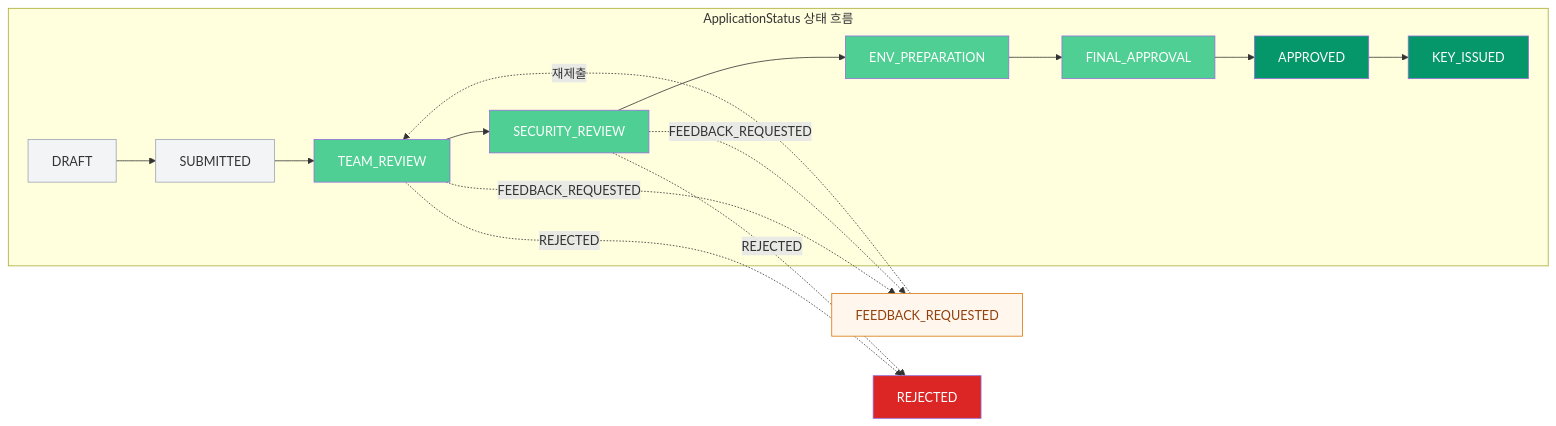
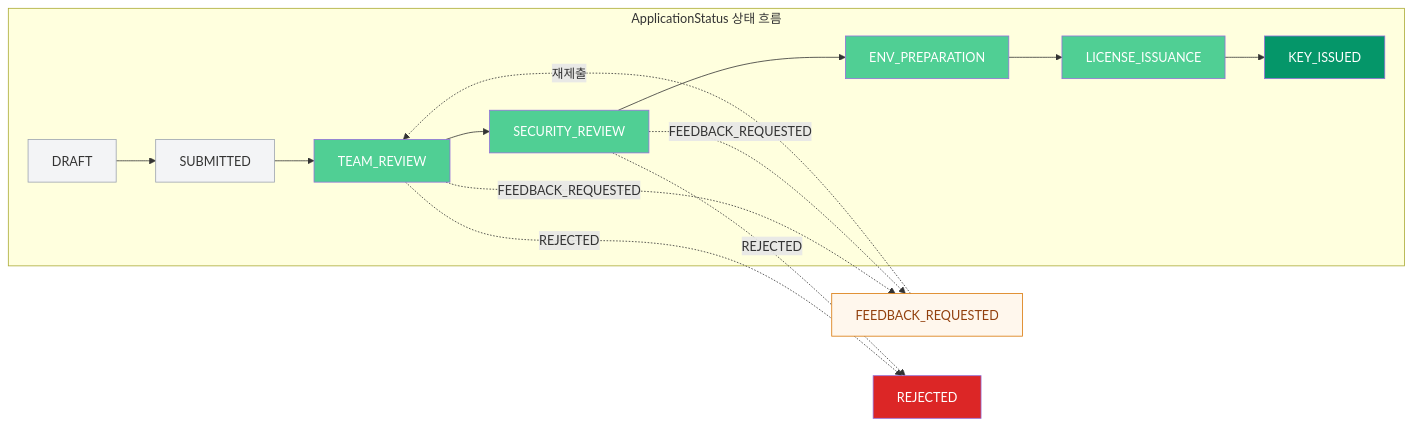
Diagram 26 of 29 in docs/04_UIUX_설계서.md (nuriguri1228/codehub-manage-aitool), drawn with Mermaid before and after one commit. The commit also changed other lines of this file and 10 other files, not shown here.

First line of the commit message:
Implement LICENSE_ISSUANCE feature and update all docs to new review flow

````diff
--- a/docs/04_UIUX_설계서.md
+++ b/docs/04_UIUX_설계서.md
@@ -1091,30 +1091,28 @@
 ```mermaid
 flowchart LR
     subgraph "ApplicationStatus 상태 흐름"
         DRAFT --> SUBMITTED
         SUBMITTED --> TEAM_REVIEW
         TEAM_REVIEW --> SECURITY_REVIEW
         SECURITY_REVIEW --> ENV_PREPARATION
-        ENV_PREPARATION --> FINAL_APPROVAL
-        FINAL_APPROVAL --> APPROVED
-        APPROVED --> KEY_ISSUED
+        ENV_PREPARATION --> LICENSE_ISSUANCE
+        LICENSE_ISSUANCE --> KEY_ISSUED
     end
 
     TEAM_REVIEW -.->|FEEDBACK_REQUESTED| FEEDBACK_REQUESTED
     SECURITY_REVIEW -.->|FEEDBACK_REQUESTED| FEEDBACK_REQUESTED
     FEEDBACK_REQUESTED -.->|재제출| TEAM_REVIEW
 
     TEAM_REVIEW -.->|REJECTED| REJECTED
     SECURITY_REVIEW -.->|REJECTED| REJECTED
 
     style DRAFT fill:#F3F4F6,stroke:#9CA3AF
     style SUBMITTED fill:#F3F4F6,stroke:#9CA3AF
     style TEAM_REVIEW fill:#50CF94,color:#fff
     style SECURITY_REVIEW fill:#50CF94,color:#fff
     style ENV_PREPARATION fill:#50CF94,color:#fff
-    style FINAL_APPROVAL fill:#50CF94,color:#fff
-    style APPROVED fill:#059669,color:#fff
+    style LICENSE_ISSUANCE fill:#50CF94,color:#fff
     style KEY_ISSUED fill:#059669,color:#fff
     style FEEDBACK_REQUESTED fill:#FFF7ED,color:#92400E,stroke:#D97706
     style REJECTED fill:#DC2626,color:#fff
 ```
````
